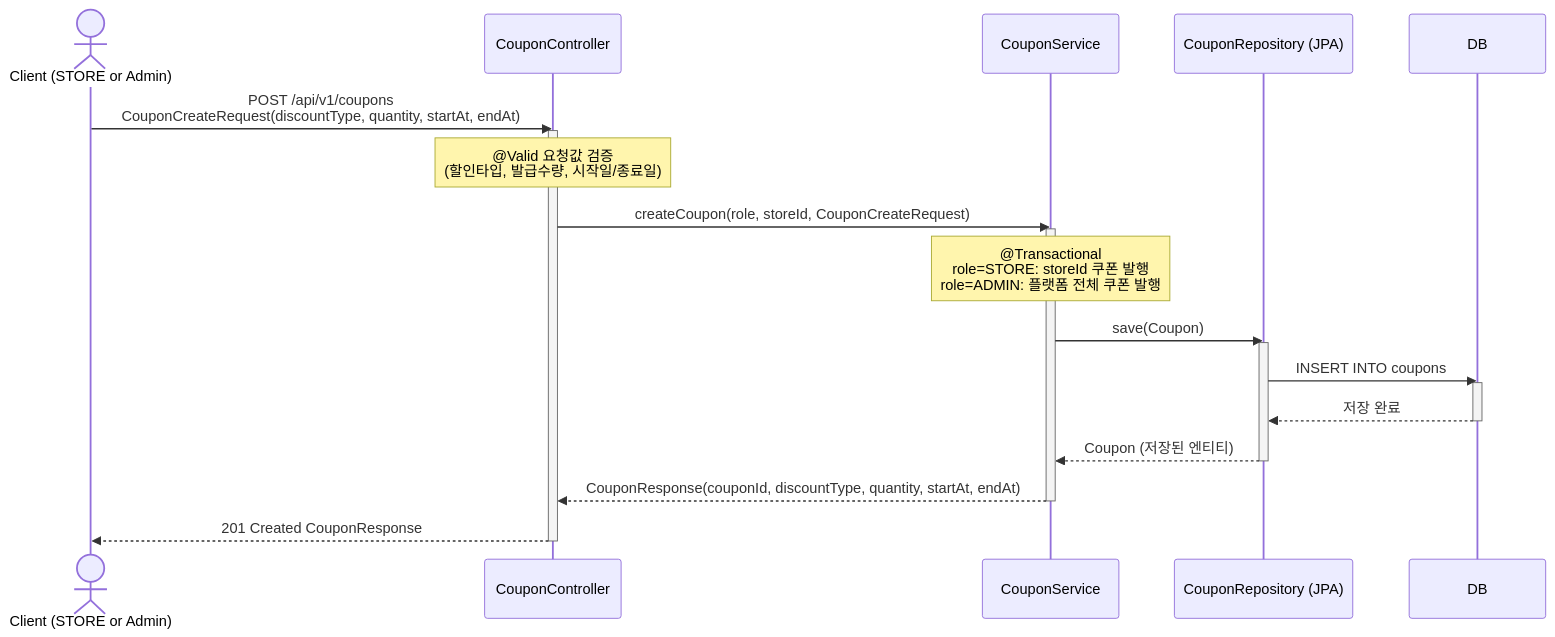
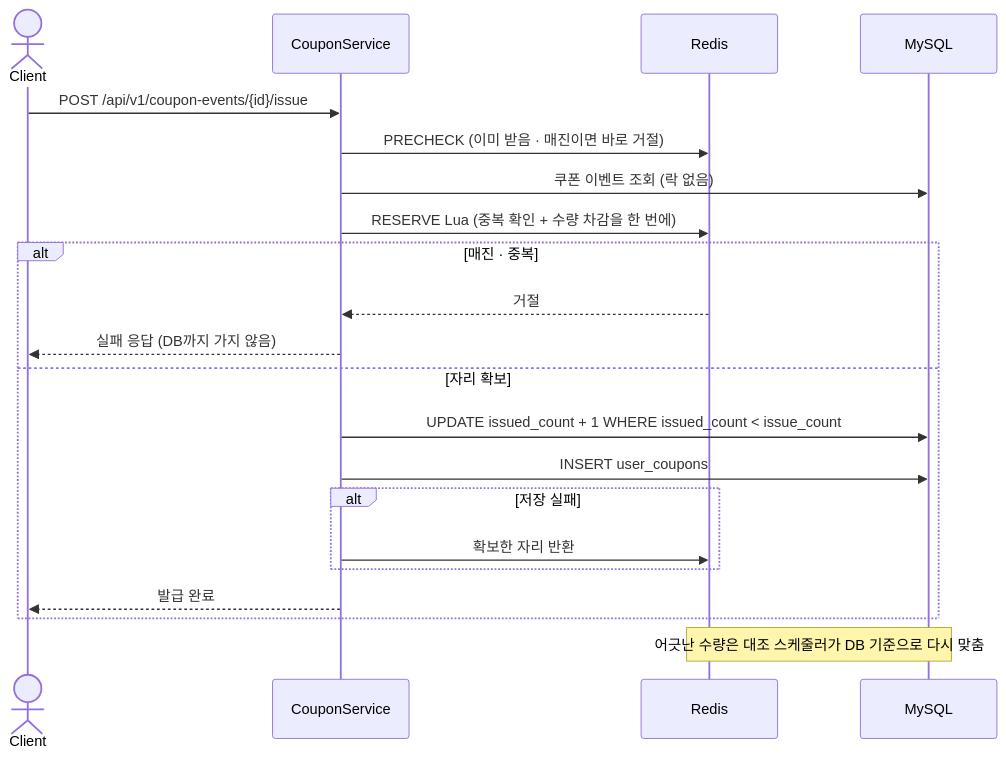
Before and after one commit to ccommit/stylehub: the third of 3 diagrams in README.md, drawn with Mermaid. The commit also changed other lines of this file, not shown here.

````diff
--- a/README.md
+++ b/README.md
@@ -436,27 +299,23 @@
-``` mermaid
-
+```mermaid
 sequenceDiagram
-    actor Client as Client (STORE or Admin)
-    participant Controller as CouponController
-    participant Service as CouponService
-    participant Repository as CouponRepository (JPA)
-    participant DB as DB
-    Client->>Controller: POST /api/v1/coupons<br/>CouponCreateRequest(discountType, quantity, startAt, endAt)
-    activate Controller
-    Note over Controller: @Valid 요청값 검증<br/>(할인타입, 발급수량, 시작일/종료일)
-    Controller->>Service: createCoupon(role, storeId, CouponCreateRequest)
-    activate Service
-    Note over Service: @Transactional<br/>role=STORE: storeId 쿠폰 발행<br/>role=ADMIN: 플랫폼 전체 쿠폰 발행
-    Service->>Repository: save(Coupon)
-    activate Repository
-    Repository->>DB: INSERT INTO coupons
-    activate DB
-    DB-->>Repository: 저장 완료
-    deactivate DB
-    Repository-->>Service: Coupon (저장된 엔티티)
-    deactivate Repository
-    Service-->>Controller: CouponResponse(couponId, discountType, quantity, startAt, endAt)
-    deactivate Service
-    Controller-->>Client: 201 Created CouponResponse
-    deactivate Controller
+    actor C as Client
+    participant CS as CouponService
+    participant R as Redis
+    participant DB as MySQL
+    C->>CS: POST /api/v1/coupon-events/{id}/issue
+    CS->>R: PRECHECK (이미 받음 · 매진이면 바로 거절)
+    CS->>DB: 쿠폰 이벤트 조회 (락 없음)
+    CS->>R: RESERVE Lua (중복 확인 + 수량 차감을 한 번에)
+    alt 매진 · 중복
+        R-->>CS: 거절
+        CS-->>C: 실패 응답 (DB까지 가지 않음)
+    else 자리 확보
+        CS->>DB: UPDATE issued_count + 1 WHERE issued_count < issue_count
+        CS->>DB: INSERT user_coupons
+        alt 저장 실패
+            CS->>R: 확보한 자리 반환
+        end
+        CS-->>C: 발급 완료
+    end
+    Note over R,DB: 어긋난 수량은 대조 스케줄러가 DB 기준으로 다시 맞춤
 ```
````
